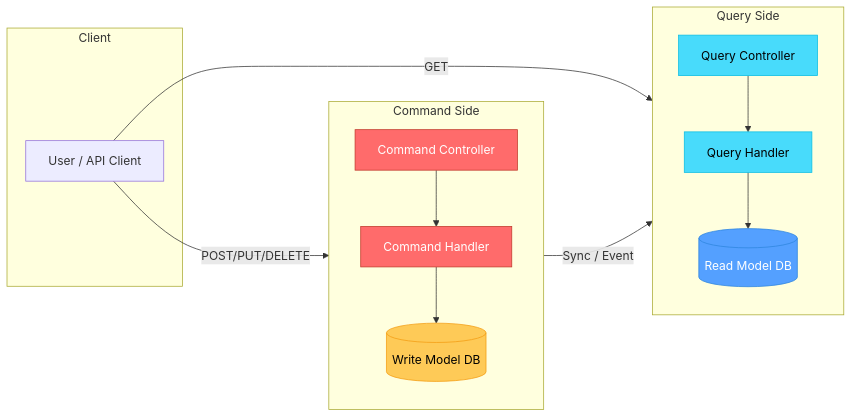
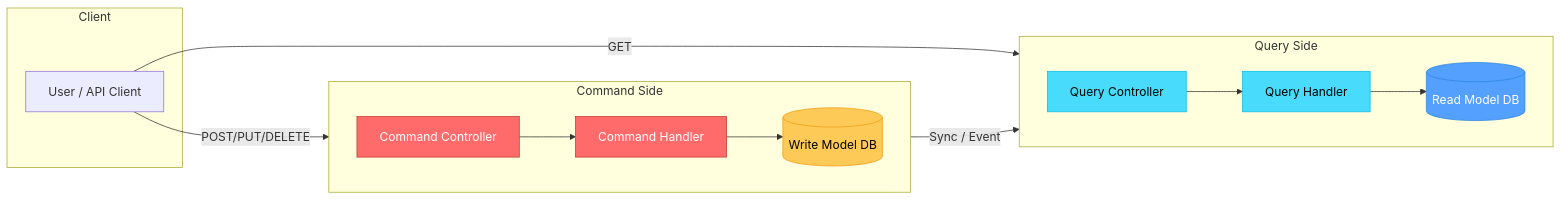
The first of 5 diagrams in docs/CQRS.md (saivamsikaruturi/vamsilabs-dev-notes-main), drawn with Mermaid before and after one commit. The commit also changed other lines of this file and 146 other files, not shown here.

Commit message:
Horizontal diagrams, UML class diagrams, typography overhaul, and permalink cleanup

````diff
--- a/docs/CQRS.md
+++ b/docs/CQRS.md
@@ -27,33 +27,33 @@
 ```mermaid
 flowchart LR
     subgraph Client
         U[User / API Client]
     end
 
     subgraph Command Side
-        direction TB
+        direction LR
         CC[Command Controller]:::cmd
         CH[Command Handler]:::cmd
         WM[(Write Model DB)]:::cmddb
     end
 
     subgraph Query Side
-        direction TB
+        direction LR
         QC[Query Controller]:::qry
         QH[Query Handler]:::qry
         RM[(Read Model DB)]:::qrydb
     end
 
     U -->|POST/PUT/DELETE| CC
     CC --> CH
     CH --> WM
     WM -->|Sync / Event| RM
     U -->|GET| QC
     QC --> QH
     QH --> RM
 
     classDef cmd fill:#ff6b6b,stroke:#c0392b,color:#fff
     classDef qry fill:#48dbfb,stroke:#0abde3,color:#000
     classDef cmddb fill:#feca57,stroke:#f39c12,color:#000
     classDef qrydb fill:#54a0ff,stroke:#2e86de,color:#fff
 ```
````
